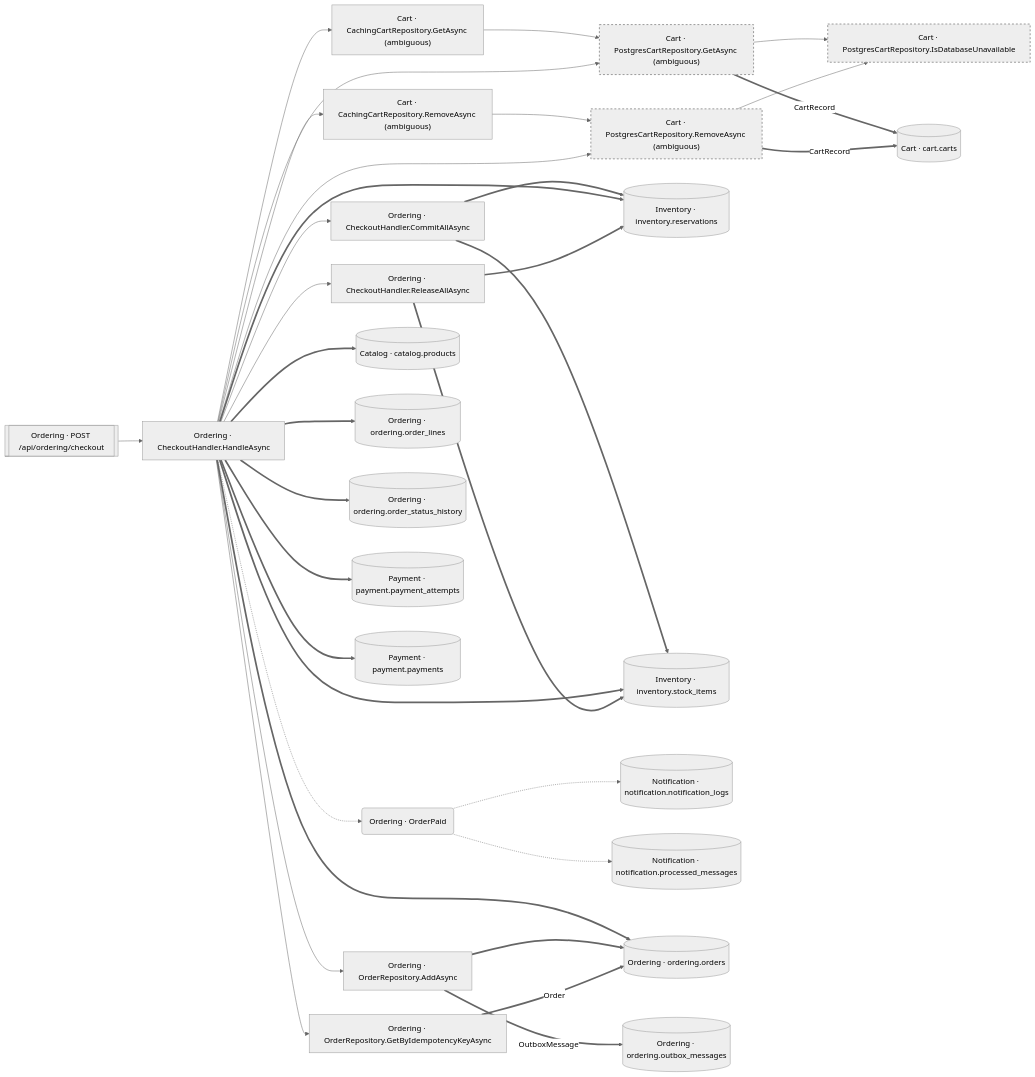
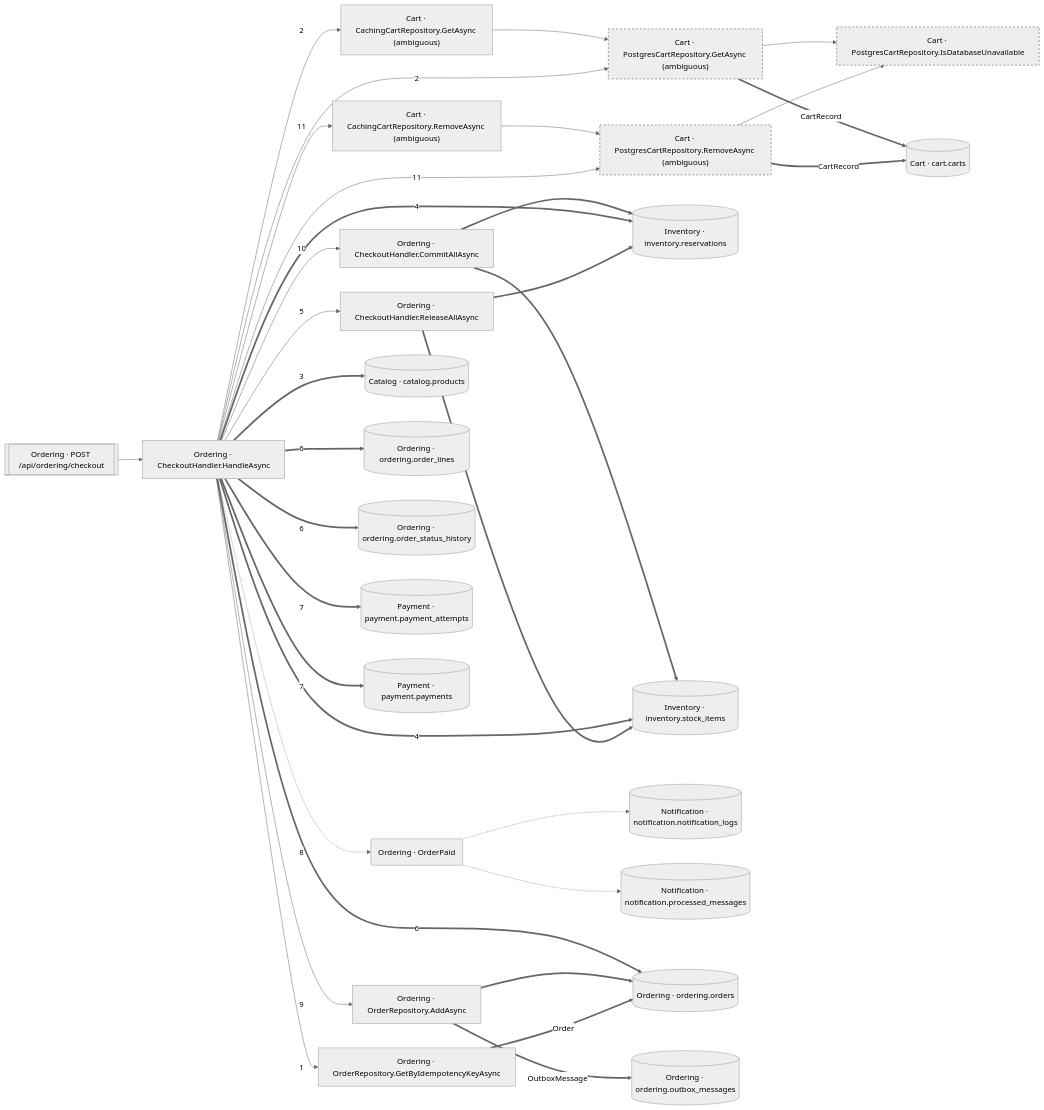
The diagram in out/flows/post-api-ordering-checkout.md (onurnafiguzel/FlowLens), drawn with Mermaid (neutral theme) before and after one commit. The commit also changed other lines of this file and 28 other files, not shown here.

Commit message:
feat(graph): record call sites on CALLS edges and feat(docs): order sibling edges by source position, number call sites and docs: regenerate site with source-ordered flow diagrams

````diff
--- a/out/flows/post-api-ordering-checkout.md
+++ b/out/flows/post-api-ordering-checkout.md
@@ -7,64 +7,64 @@
 ```mermaid
 flowchart LR
   n0["Cart · CachingCartRepository.GetAsync (ambiguous)"]
   n1["Cart · CachingCartRepository.RemoveAsync (ambiguous)"]
   n2["Cart · PostgresCartRepository.GetAsync (ambiguous)"]
   n3["Cart · PostgresCartRepository.IsDatabaseUnavailable"]
   n4["Cart · PostgresCartRepository.RemoveAsync (ambiguous)"]
   n5["Ordering · CheckoutHandler.CommitAllAsync"]
   n6["Ordering · CheckoutHandler.HandleAsync"]
   n7["Ordering · CheckoutHandler.ReleaseAllAsync"]
   n8["Ordering · OrderRepository.AddAsync"]
   n9["Ordering · OrderRepository.GetByIdempotencyKeyAsync"]
   n10[["Ordering · POST /api/ordering/checkout"]]
   n11("Ordering · OrderPaid")
   n12[("Cart · cart.carts")]
   n13[("Catalog · catalog.products")]
   n14[("Inventory · inventory.reservations")]
   n15[("Inventory · inventory.stock_items")]
   n16[("Notification · notification.notification_logs")]
   n17[("Notification · notification.processed_messages")]
   n18[("Ordering · ordering.order_lines")]
   n19[("Ordering · ordering.order_status_history")]
   n20[("Ordering · ordering.orders")]
   n21[("Ordering · ordering.outbox_messages")]
   n22[("Payment · payment.payment_attempts")]
   n23[("Payment · payment.payments")]
 
   n0 --> n2
   n1 --> n4
   n2 --> n3
   n2 ==>|"CartRecord"| n12
   n4 --> n3
   n4 ==>|"CartRecord"| n12
   n5 ==> n14
   n5 ==> n15
-  n6 --> n0
-  n6 --> n1
-  n6 --> n2
-  n6 --> n4
-  n6 --> n5
-  n6 --> n7
-  n6 --> n8
-  n6 --> n9
-  n6 -.-> n11
-  n6 ==> n13
-  n6 ==> n14
-  n6 ==> n15
-  n6 ==> n18
-  n6 ==> n19
-  n6 ==> n20
-  n6 ==> n22
-  n6 ==> n23
+  n6 -->|"1"| n9
+  n6 -->|"2"| n0
+  n6 -->|"2"| n2
+  n6 ==>|"3"| n13
+  n6 ==>|"4"| n14
+  n6 ==>|"4"| n15
+  n6 -->|"5"| n7
+  n6 ==>|"6"| n18
+  n6 ==>|"6"| n19
+  n6 ==>|"6"| n20
+  n6 ==>|"7"| n22
+  n6 ==>|"7"| n23
+  n6 -.->|"8"| n11
+  n6 -->|"9"| n8
+  n6 -->|"10"| n5
+  n6 -->|"11"| n1
+  n6 -->|"11"| n4
   n7 ==> n14
   n7 ==> n15
   n8 ==> n20
   n8 ==>|"OutboxMessage"| n21
   n9 ==>|"Order"| n20
   n10 --> n6
   n11 -.-> n16
   n11 -.-> n17
 
   classDef unseen stroke-dasharray: 4 4,stroke-width:2px
   class n2,n3,n4 unseen
 ```
````
